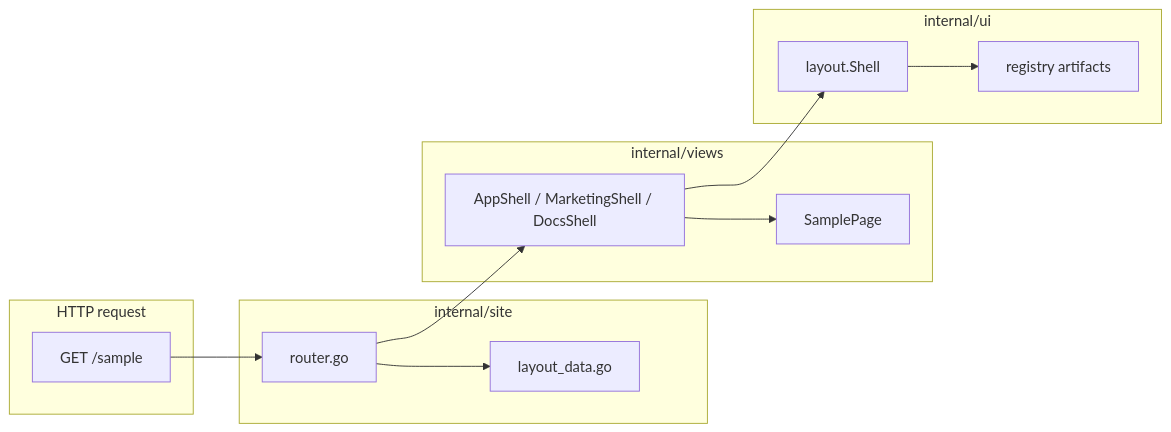
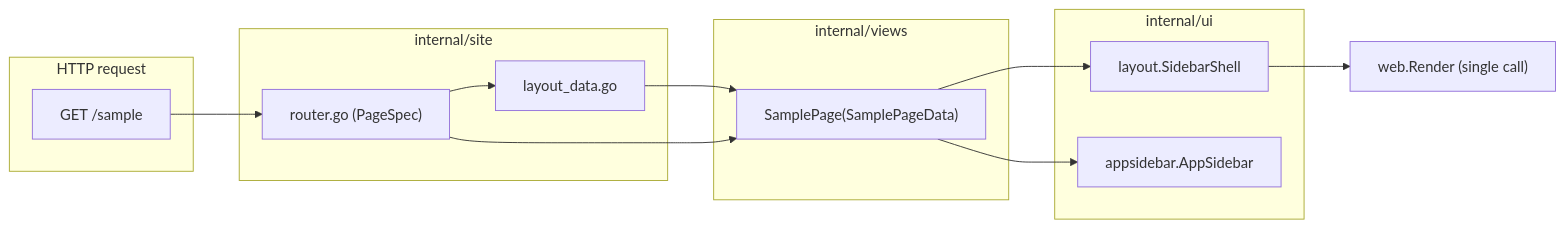
One commit to fastygo/blank changed the first of 2 diagrams in .project/specs/next-shadcn-architecture.md. Above: the diagram before and after it, drawn with Mermaid. The commit also changed other lines of this file and 48 other files, not shown here.

````diff
--- a/.project/specs/next-shadcn-architecture.md
+++ b/.project/specs/next-shadcn-architecture.md
@@ -66,28 +61,28 @@
 ```mermaid
 flowchart LR
   subgraph request [HTTP request]
     R["GET /sample"]
   end
 
   subgraph site [internal/site]
-    RF["router.go"]
+    RF["router.go (PageSpec)"]
     LD["layout_data.go"]
   end
 
   subgraph views [internal/views]
-    RS["AppShell / MarketingShell / DocsShell"]
-    PG["SamplePage"]
+    PG["SamplePage(SamplePageData)"]
   end
 
-  subgraph chrome [internal/ui]
-    DS["layout.Shell"]
-    LP["registry artifacts"]
+  subgraph ui [internal/ui]
+    SS["layout.SidebarShell"]
+    AS["appsidebar.AppSidebar"]
   end
 
   R --> RF
   RF --> LD
-  RF --> RS
-  RS --> DS
-  DS --> LP
-  RS --> PG
+  LD --> PG
+  RF --> PG
+  PG --> SS
+  PG --> AS
+  SS --> render["web.Render (single call)"]
 ```
````
